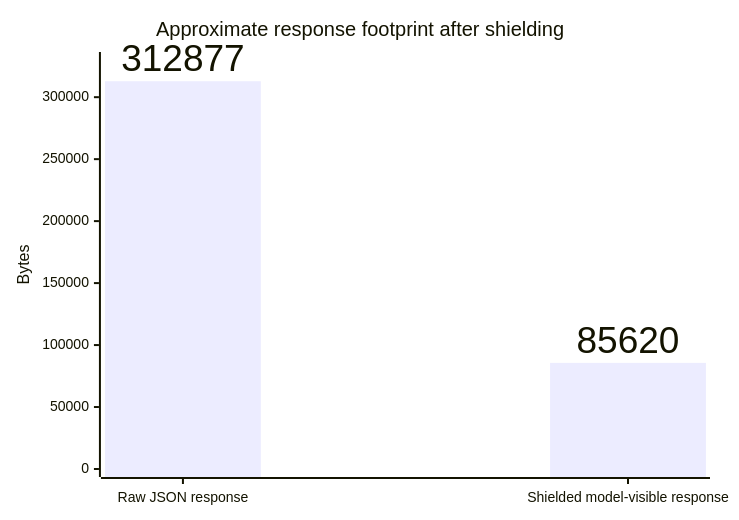
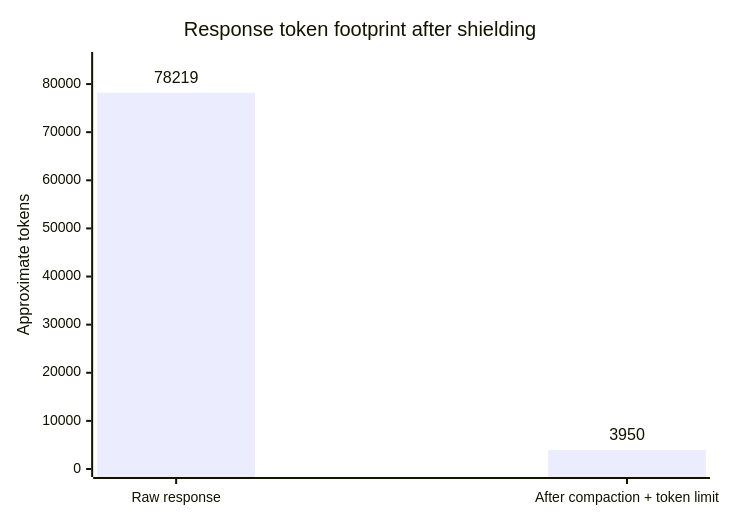
One commit to robinojw/tldr changed the second of 2 diagrams in README.md. Above: the diagram before and after it, drawn with Mermaid. The commit also changed other lines of this file, not shown here.

Commit message:
Update README with token-aware shielding and smart compaction docs

````diff
--- a/README.md
+++ b/README.md
@@ -205,13 +231,13 @@
 ```mermaid
 ---
 config:
   xyChart:
     showDataLabel: true
     showDataLabelOutsideBar: true
 ---
 xychart-beta
-    title "Approximate response footprint after shielding"
-    x-axis ["Raw JSON response", "Shielded model-visible response"]
-    y-axis "Bytes" 0 --> 330000
-    bar [312877, 85620]
+    title "Response token footprint after shielding"
+    x-axis ["Raw response", "After compaction + token limit"]
+    y-axis "Approximate tokens" 0 --> 85000
+    bar [78219, 3950]
 ```
````
